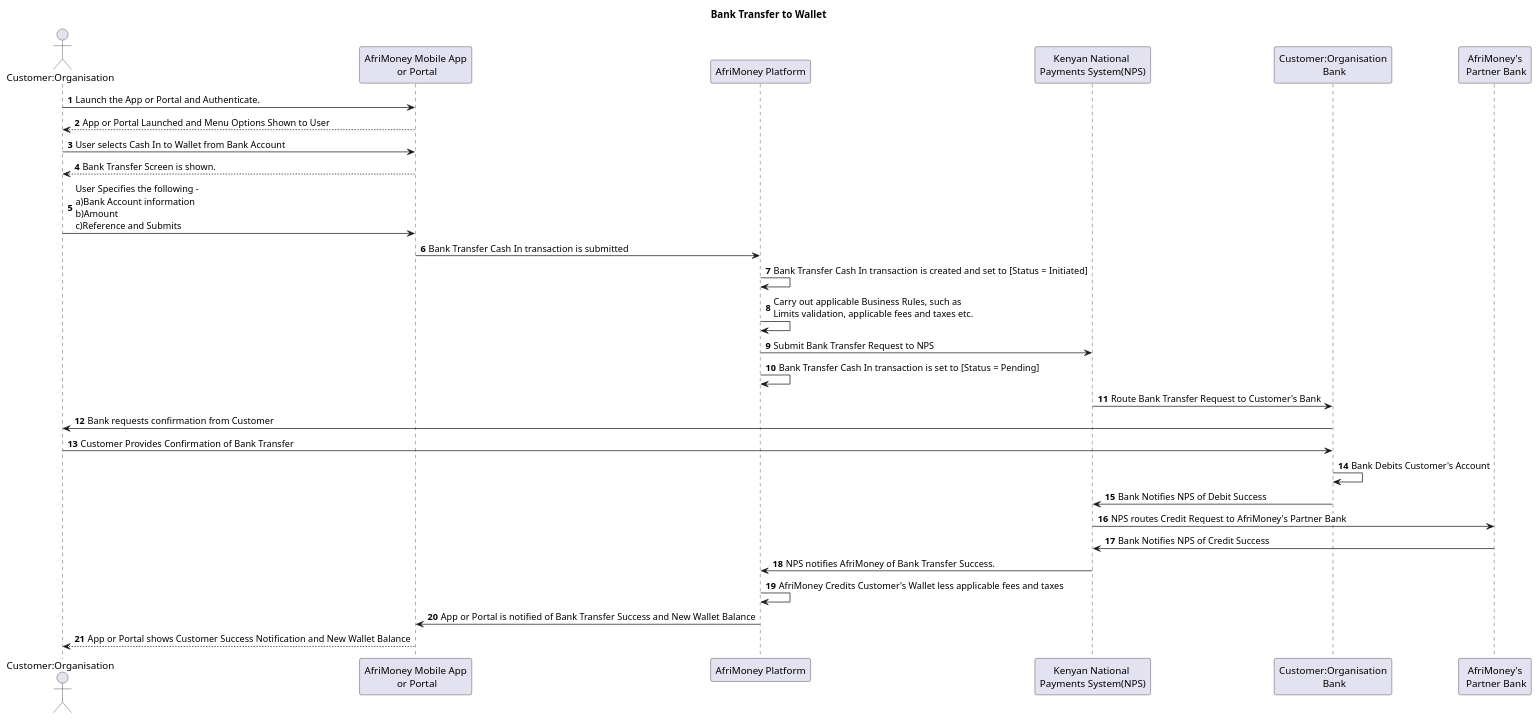
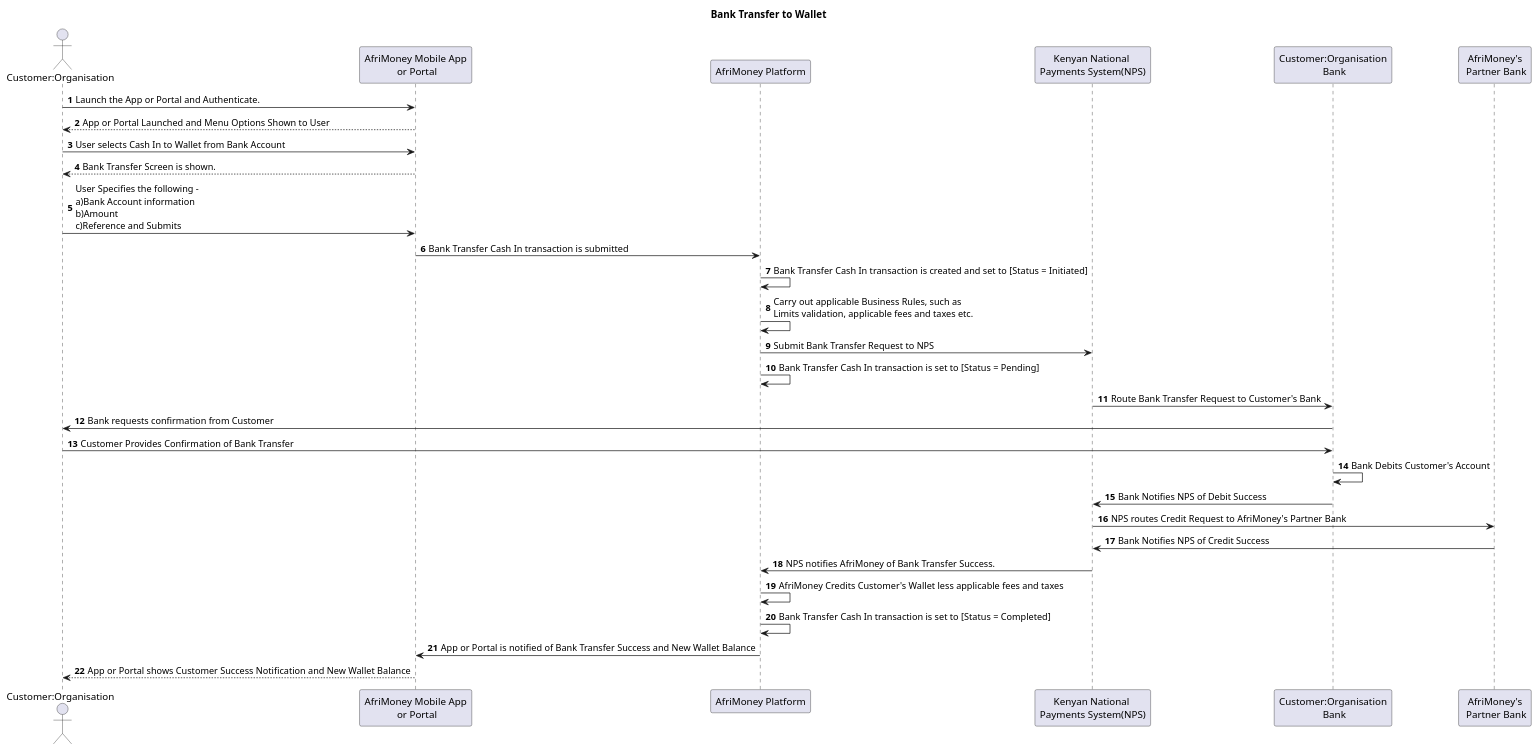
One commit to jerky1805/afrinet-mvp-backend changed the diagram in Sequence Flows/Cash In/BankTransfer.plantuml. Above: the diagram before and after it, drawn with PlantUML. The commit also changed 87 other files, not shown here.

Commit message:
Collection Sequence Flow.

```diff
--- a/Sequence Flows/Cash In/BankTransfer.plantuml
+++ b/Sequence Flows/Cash In/BankTransfer.plantuml
@@ -1,44 +1,45 @@
 @startuml Bank Transfer to Wallet 
 title Bank Transfer to Wallet
 
 autonumber
 
 
 
 actor contact as "Customer:Organisation"
 participant app  as "AfriMoney Mobile App\n or Portal"
 participant afri  as "AfriMoney Platform"
 participant nps as "Kenyan National \nPayments System(NPS)"
 participant bank as "Customer:Organisation\n Bank"
 participant pbank as "AfriMoney's\n Partner Bank"
 
 
 
 
 
 
 contact -> app: Launch the App or Portal and Authenticate. 
 app --> contact: App or Portal Launched and Menu Options Shown to User
 contact -> app: User selects Cash In to Wallet from Bank Account
 app --> contact: Bank Transfer Screen is shown. 
 contact -> app: User Specifies the following - \na)Bank Account information\nb)Amount\nc)Reference and Submits
 app -> afri: Bank Transfer Cash In transaction is submitted
 afri -> afri: Bank Transfer Cash In transaction is created and set to [Status = Initiated]
 afri -> afri: Carry out applicable Business Rules, such as \nLimits validation, applicable fees and taxes etc.
 afri -> nps: Submit Bank Transfer Request to NPS
 afri -> afri: Bank Transfer Cash In transaction is set to [Status = Pending]
 nps -> bank: Route Bank Transfer Request to Customer's Bank 
 bank-> contact : Bank requests confirmation from Customer
 contact-> bank : Customer Provides Confirmation of Bank Transfer
 bank-> bank : Bank Debits Customer's Account
 bank-> nps : Bank Notifies NPS of Debit Success
 nps-> pbank : NPS routes Credit Request to AfriMoney's Partner Bank 
 pbank-> nps : Bank Notifies NPS of Credit Success
 nps -> afri : NPS notifies AfriMoney of Bank Transfer Success. 
 afri -> afri : AfriMoney Credits Customer's Wallet less applicable fees and taxes
+afri -> afri: Bank Transfer Cash In transaction is set to [Status = Completed]
 afri-> app: App or Portal is notified of Bank Transfer Success and New Wallet Balance
 app --> contact: App or Portal shows Customer Success Notification and New Wallet Balance
 
 
 
 @enduml
```
